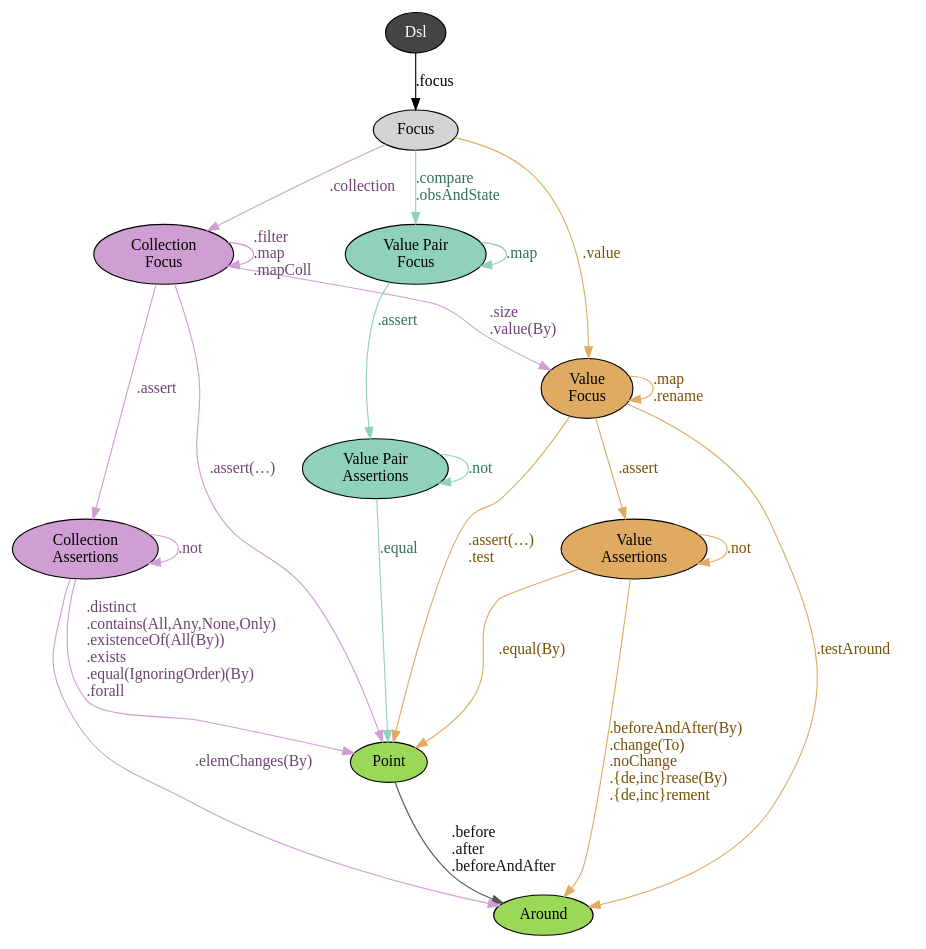
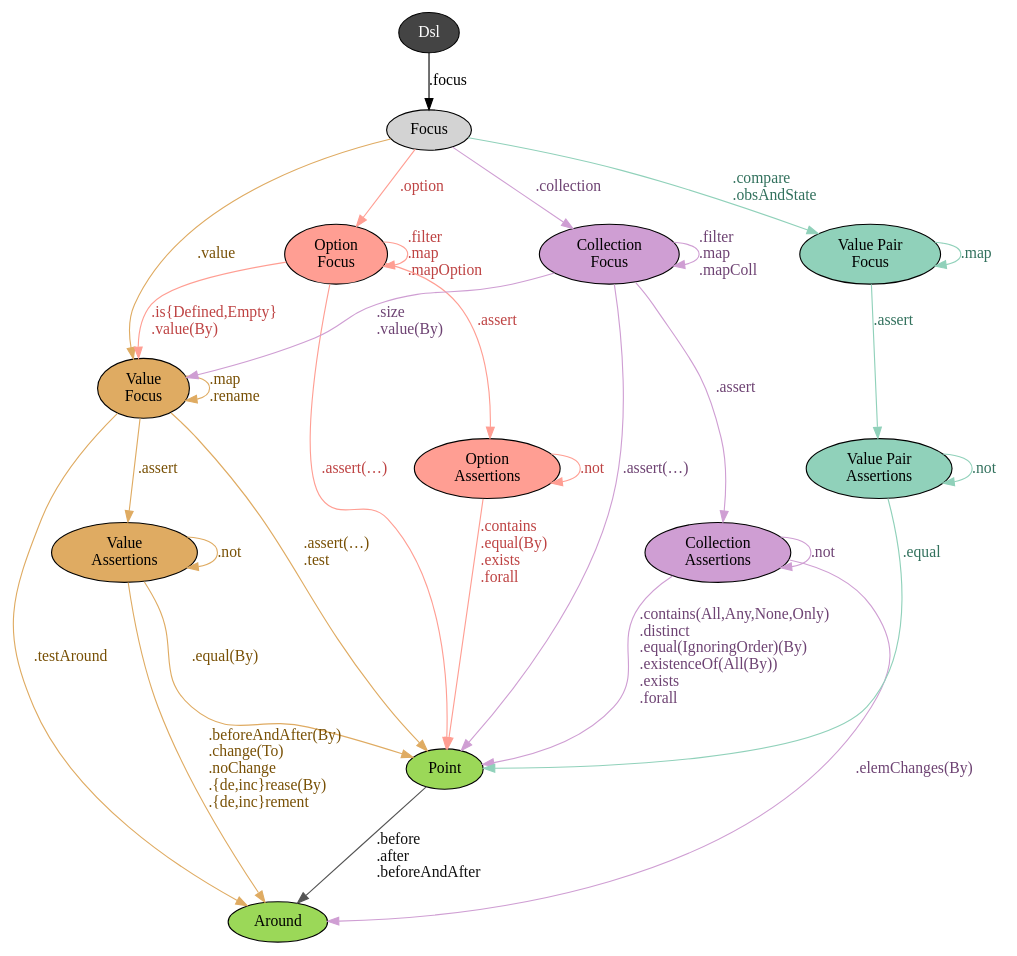
The diagram in doc/dsl-focus.gv (japgolly/test-state), drawn with Graphviz before and after one commit. The commit also changed 7 other files, not shown here.

Commit message:
Add Option Focus DSL

```diff
--- a/doc/dsl-focus.gv
+++ b/doc/dsl-focus.gv
@@ -1,72 +1,83 @@
 digraph G {
 node[style=filled]
 //edge[minlen=2]
 
 root [fillcolor="#444444" fontcolor=white label="Dsl"]
 
 {
 node[fillcolor="#9BD858"] edge[color="#9BD858" fontcolor="#377700"]
 Point  [label="Point"]
 Around [label="Around"]
 Point -> Around [color="#555555" fontcolor="#111111" label=".before\l.after\l.beforeAndAfter\l"]
 }
 
 // root -> focus,transformer
 // root -> emptyPlan,emptyTest
 
 /*
 root -> Action [label=".chooseAction(Attempt)\l.emptyAction\l.print\l"]
 root -> Around [label=".around\l.chooseAround(Attempt)\l.emptyAround\l.testAround\l"]
 root -> Point  [label=".choosePoint(Attempt)\l.point\l.test\l"]
 root -> Invariant [label=".chooseInvariant(Attempt)\l.emptyInvariant\l"]
 
 root -> action [label=".action"]
 action -> Action [label=".apply\l.attempt\l.update(By)\l.full\l"]
 */
 
 
 // node[style=filled fillcolor="#ffcccc"]
 // edge[color="#bb8888" fontcolor="#772222"]
 
 root -> Focus [label=".focus\l"]
 
 node[fillcolor="#DFAB62"] edge[color="#DFAB62" fontcolor="#785005"]
 FocusValue [label="Value\nFocus"]
 FocusValueAO [label="Value\nAssertions"]
 Focus        -> FocusValue   [label=".value\l"]
 FocusValue   -> FocusValue   [label=".map\l.rename\l"]
 FocusValue   -> FocusValueAO [label=".assert\l"]
 FocusValueAO -> FocusValueAO [label=".not\l"]
 FocusValue   -> Point        [label=".assert(…)\l.test\l"]
 FocusValueAO -> Point        [label=".equal(By)\l"]
 FocusValue   -> Around       [label=".testAround\l"]
 FocusValueAO -> Around       [label=".beforeAndAfter(By)\l.change(To)\l.noChange\l.{de,inc}rease(By)\l.{de,inc}rement\l"]
 
+node[fillcolor="#FF9E93"] edge[color="#FF9E93" fontcolor="#be4343"]
+FocusOption [label="Option\nFocus"]
+FocusOptionAO [label="Option\nAssertions"]
+Focus         -> FocusOption   [label=".option\l"]
+FocusOption   -> FocusOption   [label=".filter\l.map\l.mapOption\l"]
+FocusOption   -> FocusOptionAO [label=".assert\l"]
+FocusOption   -> FocusValue    [label=".is{Defined,Empty}\l.value(By)\l"]
+FocusOptionAO -> FocusOptionAO [label=".not\l"]
+FocusOption   -> Point         [label=".assert(…)\l"]
+FocusOptionAO -> Point         [label=".contains\l.equal(By)\l.exists\l.forall\l"]
+
 node[fillcolor="#CF9ED3"] edge[color="#CF9ED3" fontcolor="#6e4373"]
 FocusColl [label="Collection\nFocus"]
 FocusCollAO [label="Collection\nAssertions"]
 Focus       -> FocusColl   [label=".collection\l"]
 FocusColl   -> FocusColl   [label=".filter\l.map\l.mapColl\l"]
 FocusColl   -> FocusCollAO [label=".assert\l"]
 FocusColl   -> FocusValue  [label=".size\l.value(By)\l"]
 FocusCollAO -> FocusCollAO [label=".not\l"]
 FocusColl   -> Point       [label=".assert(…)\l"]
-FocusCollAO -> Point       [label=".distinct\l.contains(All,Any,None,Only)\l.existenceOf(All(By))\l.exists\l.equal(IgnoringOrder)(By)\l.forall\l"]
+FocusCollAO -> Point       [label=".contains(All,Any,None,Only)\l.distinct\l.equal(IgnoringOrder)(By)\l.existenceOf(All(By))\l.exists\l.forall\l"]
 FocusCollAO -> Around      [label=".elemChanges(By)\l"]
 
 node[fillcolor="#90D1BA"] edge[color="#90D1BA" fontcolor="#32715d"]
 BiFocus [label="Value Pair\nFocus"]
 BiFocusAO [label="Value Pair\nAssertions"]
 Focus       -> BiFocus     [label=".compare\l.obsAndState\l"]
 BiFocus     -> BiFocus     [label=".map\l"]
 BiFocus     -> BiFocusAO   [label=".assert\l"]
 BiFocusAO   -> BiFocusAO   [label=".not\l"]
 BiFocusAO   -> Point       [label=".equal\l"]
 /*
 ObsAndState [label="Value Pair\nFocus"]
 Focus       -> ObsAndState [label=".obsAndState\l"]
 ObsAndState -> ObsAndState [label=".map\l"]
 ObsAndState -> BiFocus     [style=dashed label="<extends>"]
 ObsAndState -> FocusValue  [label=".obs\l.state\l"]
 */
 }
```
